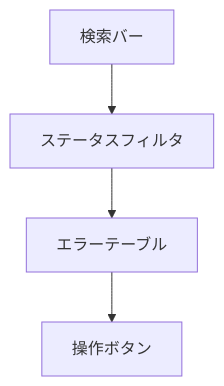
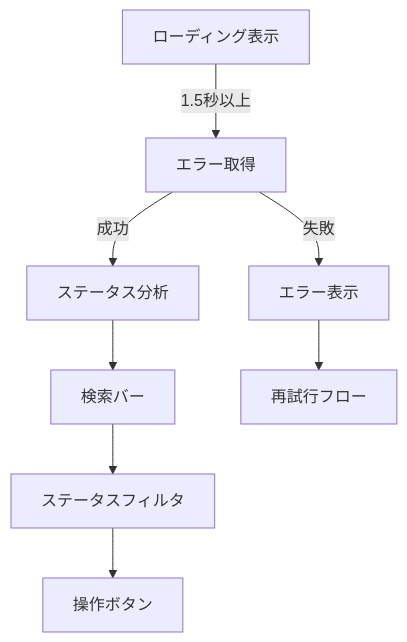
One commit to Kensan196948G/OneDriveforBusinessManagementSystem changed the diagram in Doc/WebUI_仕様書_SyncErrorCheck.md. Above: the diagram before and after it, drawn with Mermaid. The commit also changed other lines of this file and 6 other files, not shown here.

````diff
--- a/Doc/WebUI_仕様書_SyncErrorCheck.md
+++ b/Doc/WebUI_仕様書_SyncErrorCheck.md
@@ -14,6 +16,10 @@
 ```mermaid
 graph TD
-    A[検索バー] --> B[ステータスフィルタ]
-    B --> C[エラーテーブル]
-    C --> D[操作ボタン]
+    A[ローディング表示] -->|1.5秒以上| B[エラー取得]
+    B -->|成功| C[ステータス分析]
+    B -->|失敗| D[エラー表示]
+    C --> E[検索バー]
+    D --> F[再試行フロー]
+    E --> G[ステータスフィルタ]
+    G --> H[操作ボタン]
 ```
````
